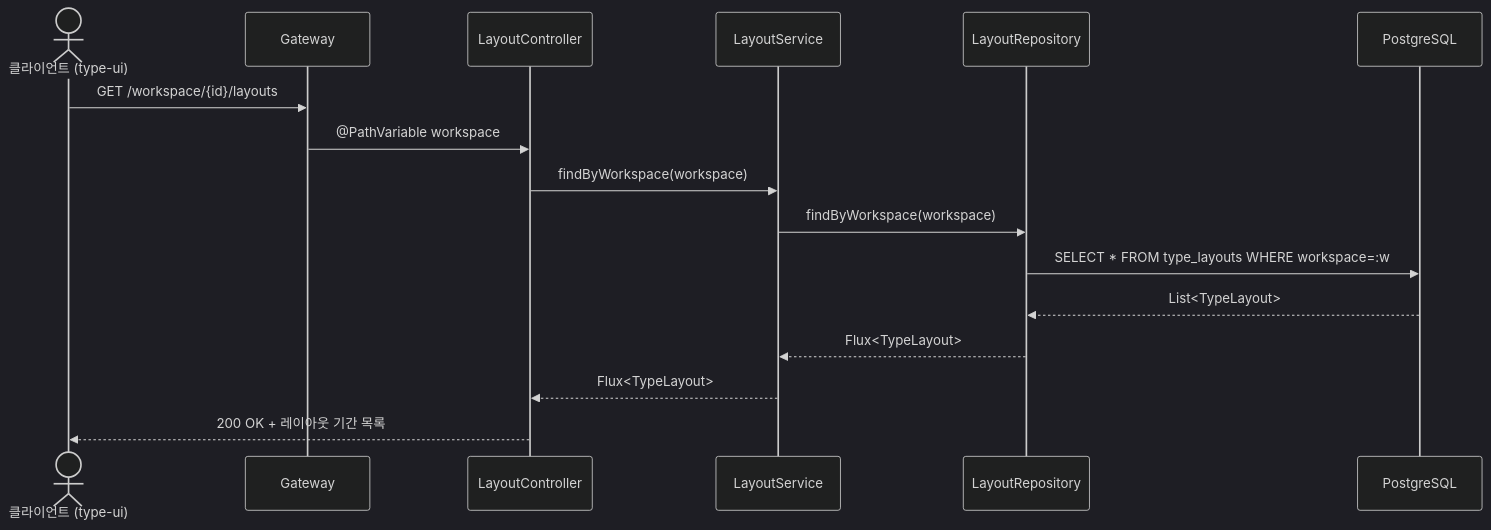
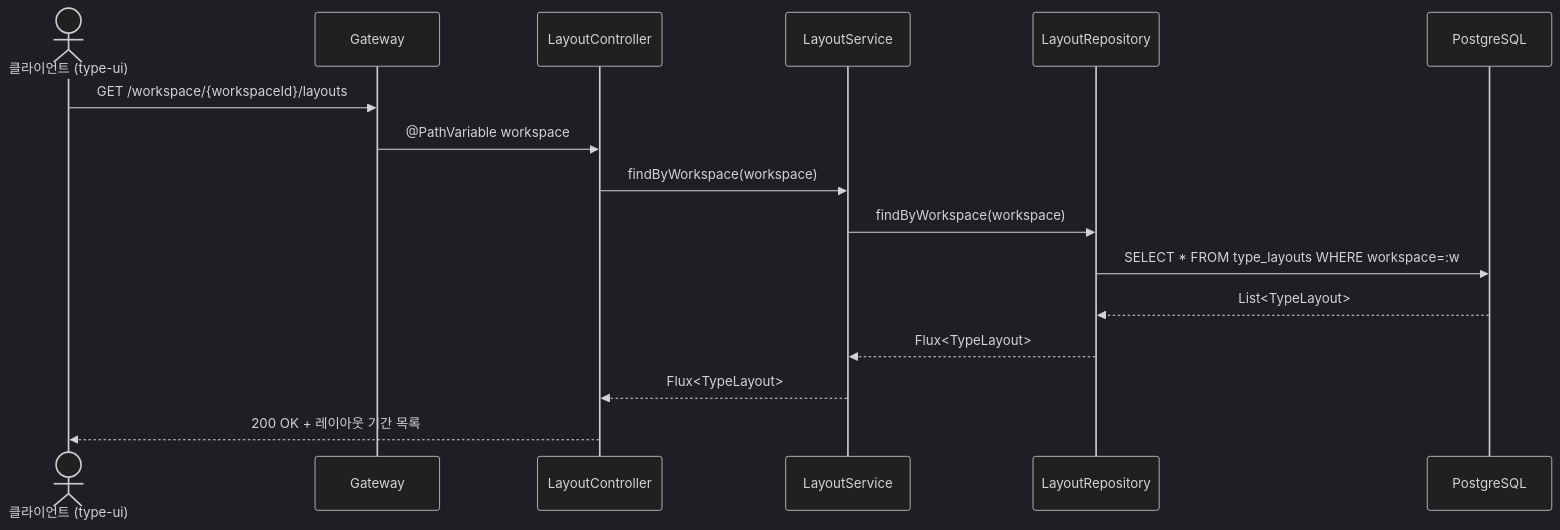
The second of 3 diagrams in search-type/USECASE.md (sayaya1090/handbook), drawn with Mermaid (dark theme) before and after one commit. The commit also changed other lines of this file and 39 other files, not shown here.

````diff
--- a/search-type/USECASE.md
+++ b/search-type/USECASE.md
@@ -34,19 +34,19 @@
 ```mermaid
 sequenceDiagram
     actor Client as 클라이언트 (type-ui)
     participant GW as Gateway
     participant Ctrl as LayoutController
     participant Svc as LayoutService
     participant Repo as LayoutRepository
     participant DB as PostgreSQL
 
-    Client->>GW: GET /workspace/{id}/layouts
+    Client->>GW: GET /workspace/{workspaceId}/layouts
     GW->>Ctrl: @PathVariable workspace
     Ctrl->>Svc: findByWorkspace(workspace)
     Svc->>Repo: findByWorkspace(workspace)
     Repo->>DB: SELECT * FROM type_layouts WHERE workspace=:w
     DB-->>Repo: List<TypeLayout>
     Repo-->>Svc: Flux<TypeLayout>
     Svc-->>Ctrl: Flux<TypeLayout>
     Ctrl-->>Client: 200 OK + 레이아웃 기간 목록
 ```
````
